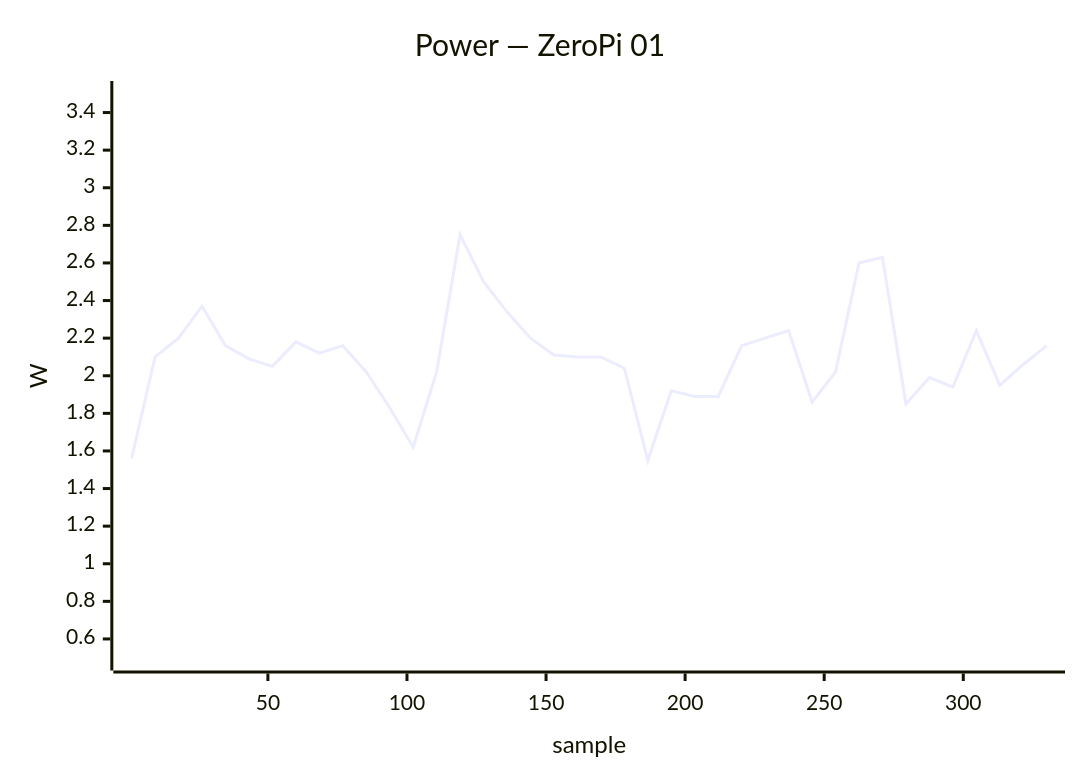
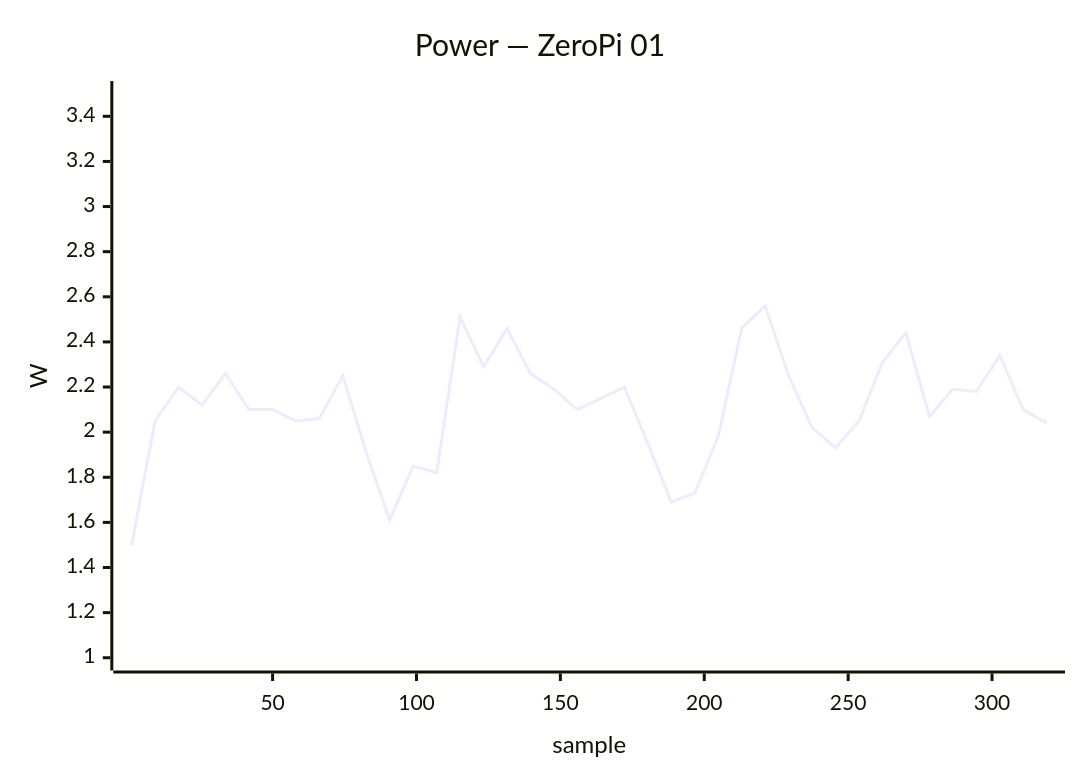
Diagram 24 of 24 in docs/status/board-tests.md (armbian/documentation), drawn with Mermaid before and after one commit. The commit also changed other lines of this file, not shown here.

````diff
--- a/docs/status/board-tests.md
+++ b/docs/status/board-tests.md
@@ -1230,7 +1230,7 @@
     ```mermaid
     xychart-beta
         title "Power — ZeroPi 01"
-        x-axis "sample" 1 --> 330
-        y-axis "W" 0.5 --> 3.5
-        line [1.56, 2.10, 2.20, 2.37, 2.16, 2.09, 2.05, 2.18, 2.12, 2.16, 2.02, 1.83, 1.62, 2.02, 2.75, 2.50, 2.34, 2.20, 2.11, 2.10, 2.10, 2.04, 1.55, 1.92, 1.89, 1.89, 2.16, 2.20, 2.24, 1.86, 2.02, 2.60, 2.63, 1.85, 1.99, 1.94, 2.24, 1.95, 2.06, 2.16]
+        x-axis "sample" 1 --> 319
+        y-axis "W" 1.0 --> 3.5
+        line [1.50, 2.05, 2.20, 2.12, 2.26, 2.10, 2.10, 2.05, 2.06, 2.25, 1.91, 1.61, 1.85, 1.82, 2.51, 2.29, 2.46, 2.26, 2.19, 2.10, 2.15, 2.20, 1.95, 1.69, 1.73, 1.98, 2.46, 2.56, 2.25, 2.02, 1.93, 2.05, 2.31, 2.44, 2.07, 2.19, 2.18, 2.34, 2.10, 2.04]
     ```
````
